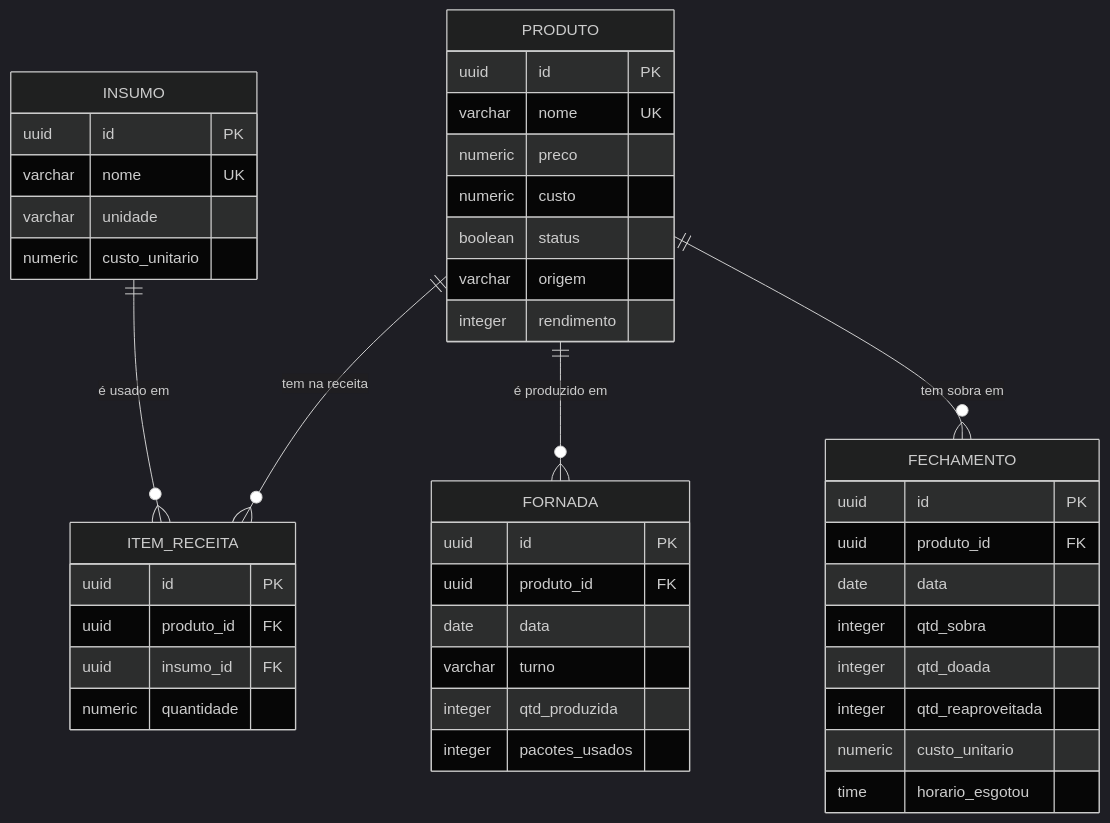
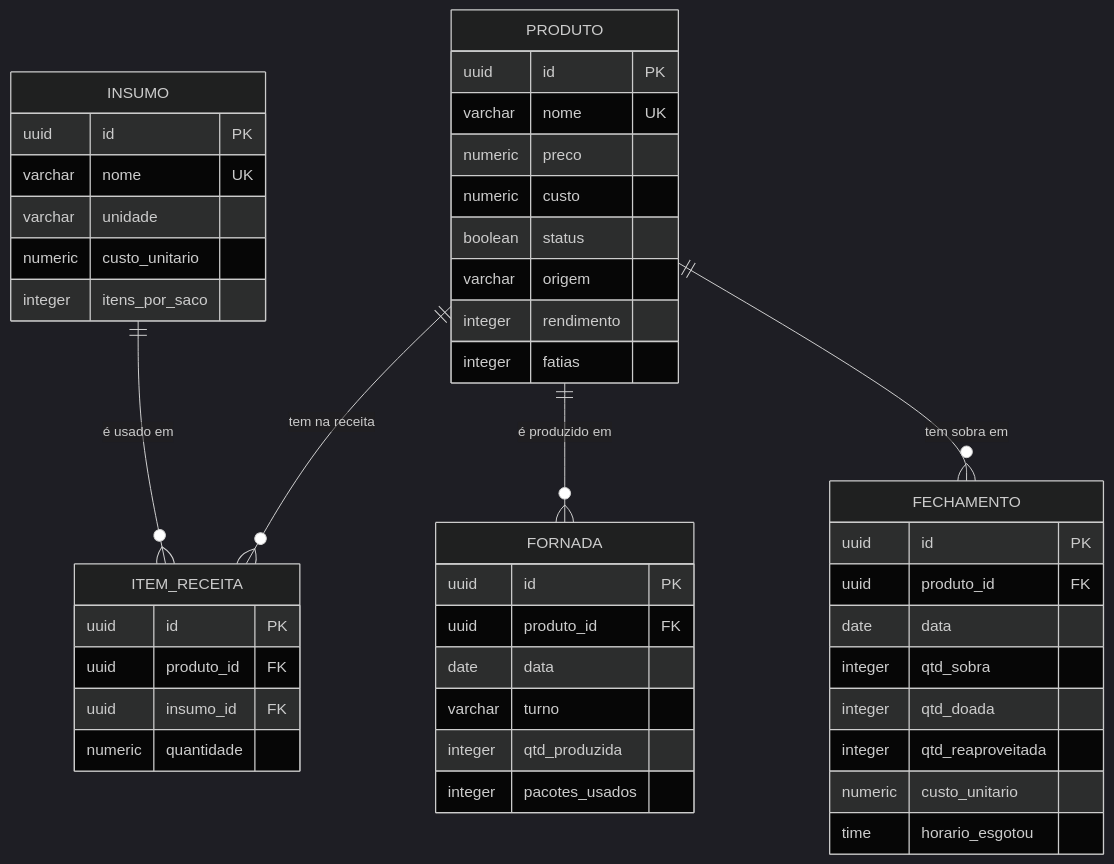
The second of 4 diagrams in docs/documentacao.md (EricLps/fornada-certa-web), drawn with Mermaid (dark theme) before and after one commit. The commit also changed other lines of this file, not shown here.

Commit message:
docs: documenta itens por saco, custo real do fornecedor e venda em fatias

````diff
--- a/docs/documentacao.md
+++ b/docs/documentacao.md
@@ -74,47 +75,49 @@
 ```mermaid
 erDiagram
     PRODUTO ||--o{ ITEM_RECEITA : "tem na receita"
     INSUMO ||--o{ ITEM_RECEITA : "é usado em"
     PRODUTO ||--o{ FORNADA : "é produzido em"
     PRODUTO ||--o{ FECHAMENTO : "tem sobra em"
 
     PRODUTO {
         uuid id PK
         varchar nome UK
         numeric preco
         numeric custo
         boolean status
         varchar origem
         integer rendimento
+        integer fatias
     }
     INSUMO {
         uuid id PK
         varchar nome UK
         varchar unidade
         numeric custo_unitario
+        integer itens_por_saco
     }
     ITEM_RECEITA {
         uuid id PK
         uuid produto_id FK
         uuid insumo_id FK
         numeric quantidade
     }
     FORNADA {
         uuid id PK
         uuid produto_id FK
         date data
         varchar turno
         integer qtd_produzida
         integer pacotes_usados
     }
     FECHAMENTO {
         uuid id PK
         uuid produto_id FK
         date data
         integer qtd_sobra
         integer qtd_doada
         integer qtd_reaproveitada
         numeric custo_unitario
         time horario_esgotou
     }
 ```
````
